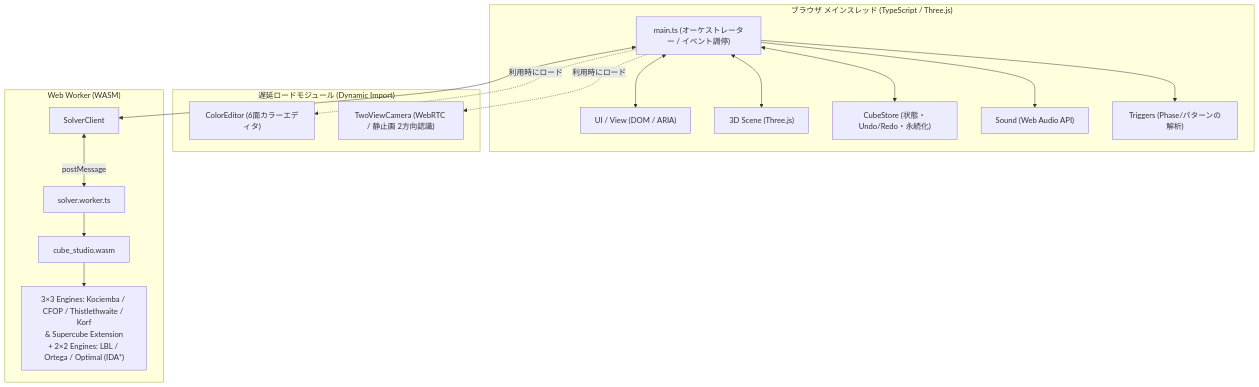
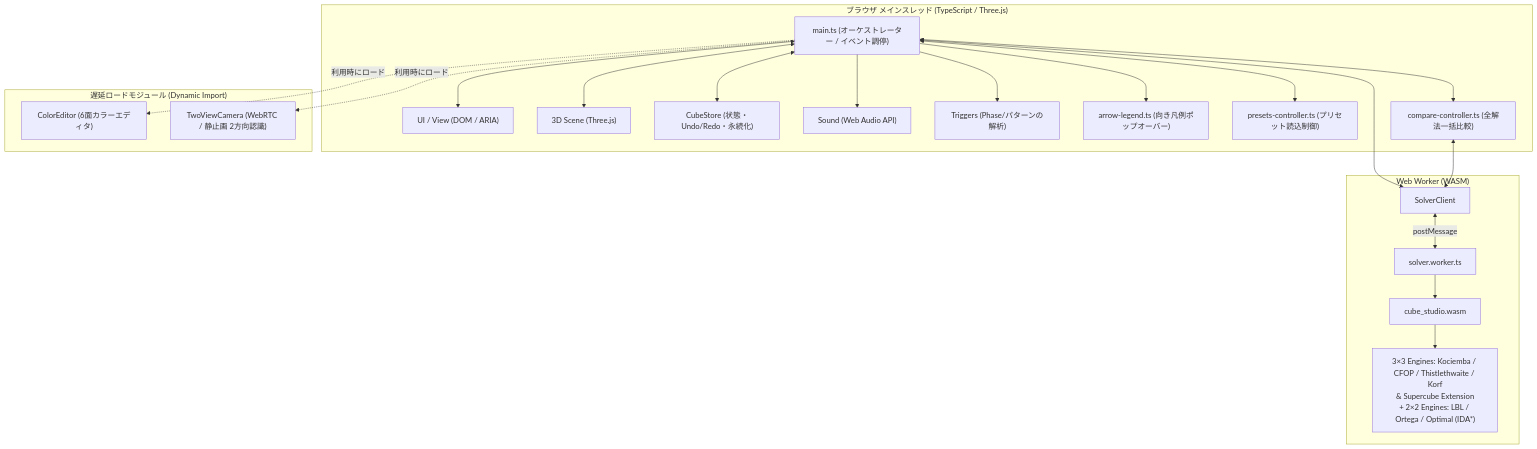
One commit to katoy/rust-r-cube changed the diagram in 3x3-web-2/README.md. Above: the diagram before and after it, drawn with Mermaid. The commit also changed other lines of this file, not shown here.

````diff
--- a/3x3-web-2/README.md
+++ b/3x3-web-2/README.md
@@ -239,35 +240,42 @@
 ```mermaid
 flowchart TD
     subgraph App ["ブラウザ メインスレッド (TypeScript / Three.js)"]
         Main["main.ts (オーケストレーター / イベント調停)"]
         View["UI / View (DOM / ARIA)"]
         Scene["3D Scene (Three.js)"]
         Store["CubeStore (状態・Undo/Redo・永続化)"]
         Sound["Sound (Web Audio API)"]
         Triggers["Triggers (Phase/パターンの解析)"]
+        ArrowLegend["arrow-legend.ts (向き凡例ポップオーバー)"]
+        Presets["presets-controller.ts (プリセット読込制御)"]
+        Compare["compare-controller.ts (全解法一括比較)"]
 
         Main <--> View
         Main <--> Scene
         Main <--> Store
         Main --> Sound
         Main --> Triggers
+        Main --> ArrowLegend
+        Main <--> Presets
+        Main <--> Compare
     end
 
     subgraph Dynamic ["遅延ロードモジュール (Dynamic Import)"]
         Editor["ColorEditor (6面カラーエディタ)"]
         Camera["TwoViewCamera (WebRTC / 静止画 2方向認識)"]
         Main -.->|利用時にロード| Editor
         Main -.->|利用時にロード| Camera
     end
 
     subgraph Worker ["Web Worker (WASM)"]
         Client["SolverClient"]
         WasmWorker["solver.worker.ts"]
         RustWasm["cube_studio.wasm"]
         Solver["3×3 Engines: Kociemba / CFOP / Thistlethwaite / Korf<br>& Supercube Extension<br>+ 2×2 Engines: LBL / Ortega / Optimal (IDA*)"]
         Main <--> Client
+        Compare <--> Client
         Client <-->|postMessage| WasmWorker
         WasmWorker --> RustWasm
         RustWasm --> Solver
     end
 ```
````
